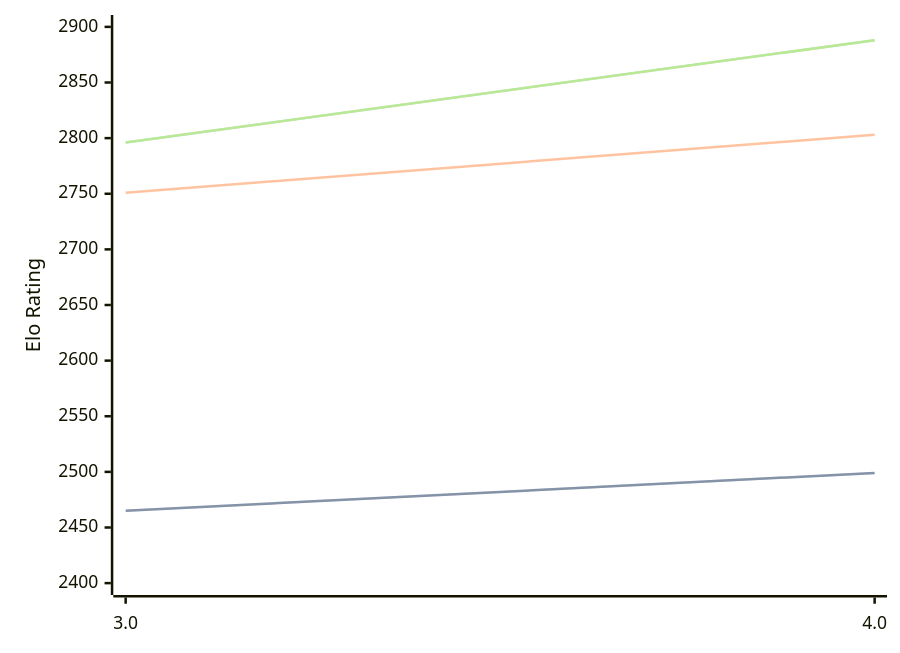
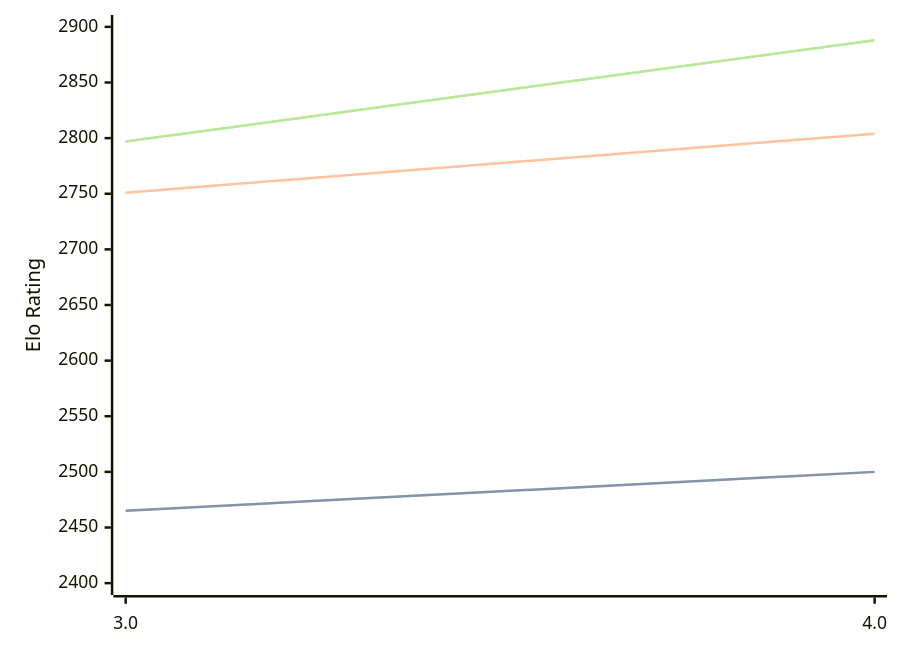
The diagram in engines/Chess3.md (computer-chess-index/cci), drawn with Mermaid before and after one commit. The commit also changed other lines of this file, not shown here.

Commit message:
Update CCI Ratings (ELO VLTC) - 2026-08-24

````diff
--- a/engines/Chess3.md
+++ b/engines/Chess3.md
@@ -32,11 +32,11 @@
 ```mermaid
 %%{init: {"theme":"base","themeVariables":{"seriesColors:['#a3a3a3','#222221','#faa371']}}}%%
 xychart-beta
   x-axis ["3.0", "4.0"]
   y-axis "Elo Rating" 2400 --> 2900
-  line "STC (8.0+0.08s)" [2465, 2499]
-  line "STC (8.0+0.08s)" [2465, 2499]
-  line "LTC (60.0+0.60s)" [2751, 2803]
-  line "VLTC (2m24s+1.12s)" [2796, 2888]
-  line "VLTC (2m24s+1.12s)" [2796, 2888]
+  line "STC (8.0+0.08s)" [2465, 2500]
+  line "STC (8.0+0.08s)" [2465, 2500]
+  line "LTC (60.0+0.60s)" [2751, 2804]
+  line "VLTC (2m24s+1.12s)" [2797, 2888]
+  line "VLTC (2m24s+1.12s)" [2797, 2888]
 ```
````
